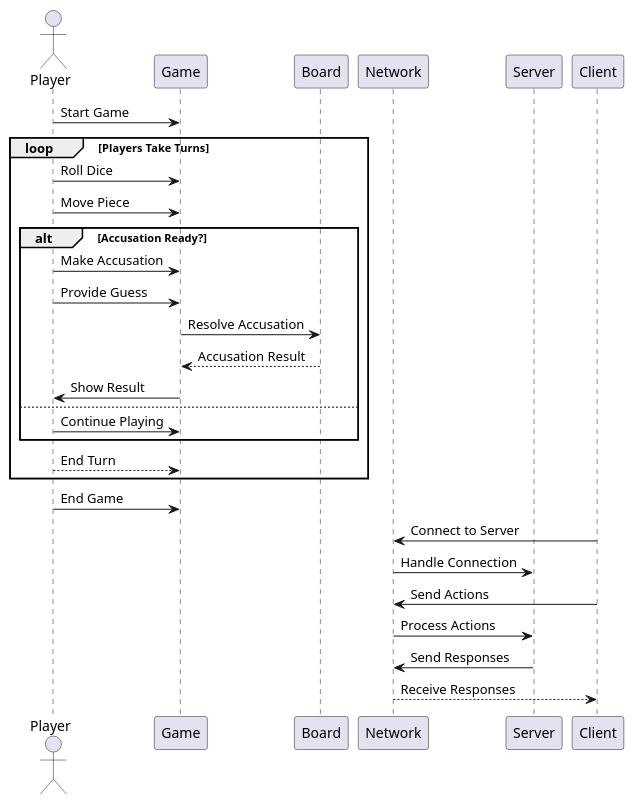
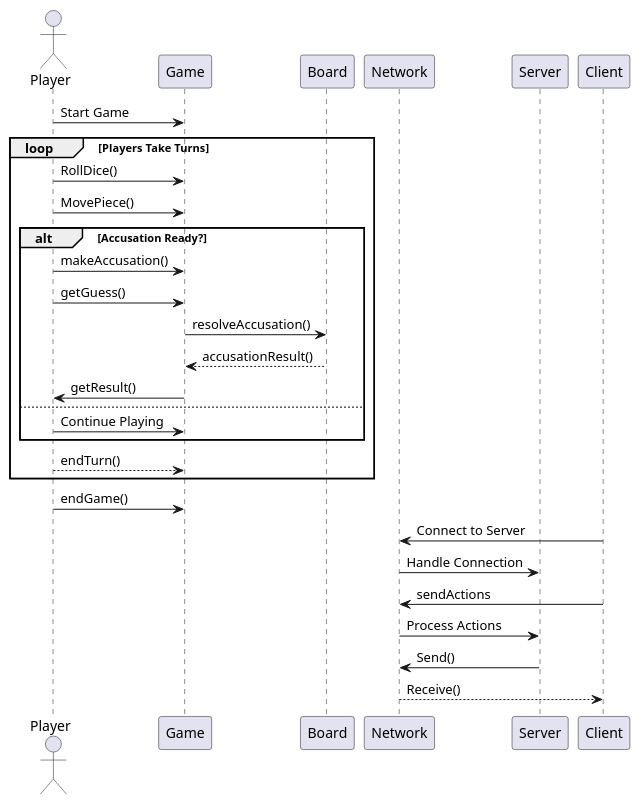
One commit to alexzhang-aero/Clue-Less changed the diagram in UML/Scripts/SequenceDiagram.puml. Above: the diagram before and after it, drawn with PlantUML. The commit also changed 6 other files, not shown here.

Commit message:
minor update on sequence diagrams

```diff
--- a/UML/Scripts/SequenceDiagram.puml
+++ b/UML/Scripts/SequenceDiagram.puml
@@ -1,34 +1,34 @@
 @startuml ClueGame
 
 actor Player
 participant Game
 participant Board
 participant Network
 participant Server
 participant Client
 
 Player -> Game: Start Game
 loop Players Take Turns
-    Player -> Game: Roll Dice
-    Player -> Game: Move Piece
+    Player -> Game: RollDice()
+    Player -> Game: MovePiece()
     alt Accusation Ready?
-        Player -> Game: Make Accusation
-        Player -> Game: Provide Guess
-        Game -> Board: Resolve Accusation
-        Board --> Game: Accusation Result
-        Game -> Player: Show Result
+        Player -> Game: makeAccusation()
+        Player -> Game: getGuess()
+        Game -> Board: resolveAccusation()
+        Board --> Game: accusationResult()
+        Game -> Player: getResult()
     else
         Player -> Game: Continue Playing
     end
-    Player --> Game: End Turn
+    Player --> Game: endTurn()
 end
-Player -> Game: End Game
+Player -> Game: endGame()
 
 Client -> Network: Connect to Server
 Network -> Server: Handle Connection
-Client -> Network: Send Actions
+Client -> Network: sendActions
 Network -> Server: Process Actions
-Server -> Network: Send Responses
-Network --> Client: Receive Responses
+Server -> Network: Send()
+Network --> Client: Receive()
 
 @enduml
```
